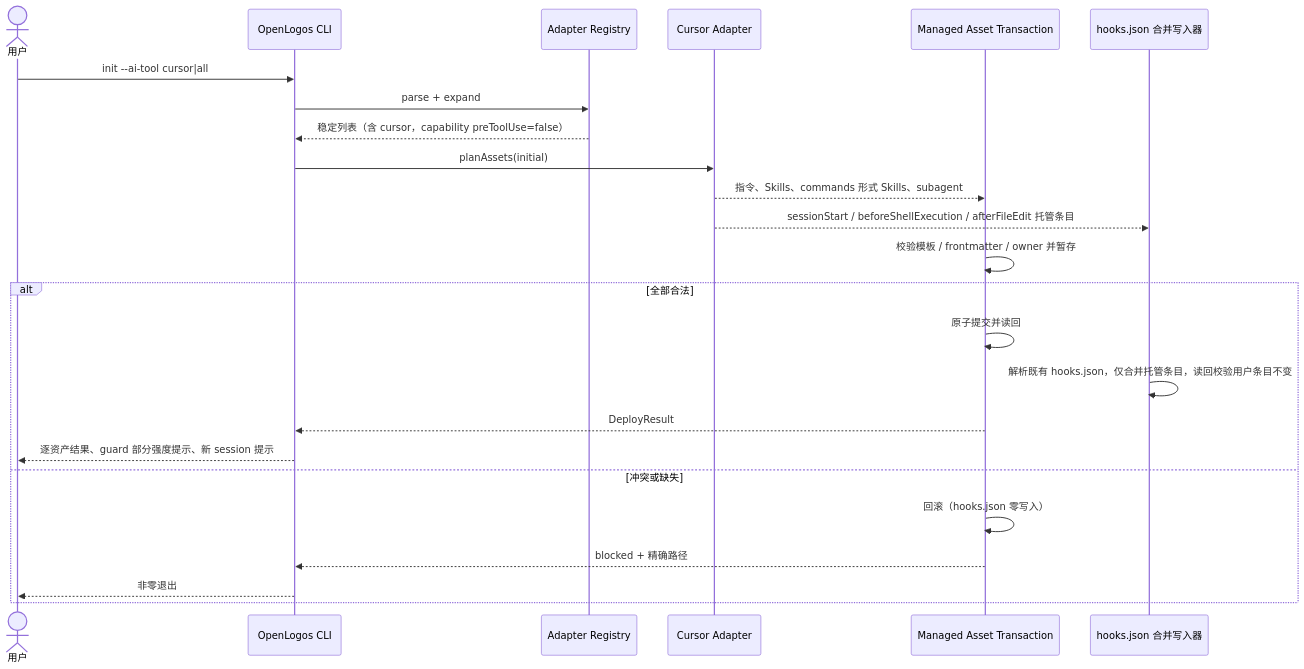
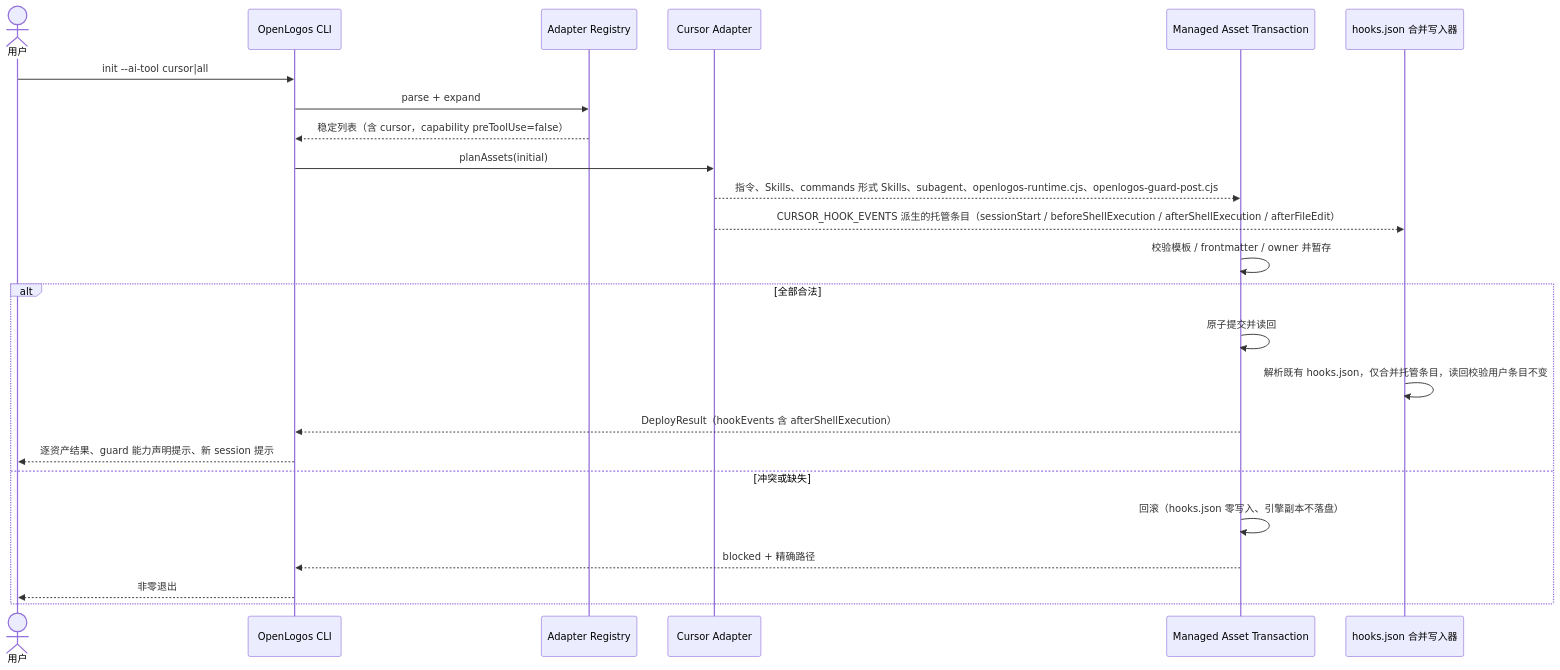
Before and after one commit to miniidealab/openlogos: the ninth of 12 diagrams in logos/resources/prd/3-technical-plan/2-scenario-implementation/core-S01-cli-init.md, drawn with Mermaid. The commit also changed other lines of this file and 19 other files, not shown here.

````diff
--- a/logos/resources/prd/3-technical-plan/2-scenario-implementation/core-S01-cli-init.md
+++ b/logos/resources/prd/3-technical-plan/2-scenario-implementation/core-S01-cli-init.md
@@ -425,26 +425,26 @@
 ```mermaid
 sequenceDiagram
     actor U as 用户
     participant C as OpenLogos CLI
     participant R as Adapter Registry
     participant A as Cursor Adapter
     participant T as Managed Asset Transaction
     participant H as hooks.json 合并写入器
     U->>C: init --ai-tool cursor|all
     C->>R: parse + expand
     R-->>C: 稳定列表（含 cursor，capability preToolUse=false）
     C->>A: planAssets(initial)
-    A-->>T: 指令、Skills、commands 形式 Skills、subagent
-    A-->>H: sessionStart / beforeShellExecution / afterFileEdit 托管条目
+    A-->>T: 指令、Skills、commands 形式 Skills、subagent、openlogos-runtime.cjs、openlogos-guard-post.cjs
+    A-->>H: CURSOR_HOOK_EVENTS 派生的托管条目（sessionStart / beforeShellExecution / afterShellExecution / afterFileEdit）
     T->>T: 校验模板 / frontmatter / owner 并暂存
     alt 全部合法
         T->>T: 原子提交并读回
         H->>H: 解析既有 hooks.json，仅合并托管条目，读回校验用户条目不变
-        T-->>C: DeployResult
-        C-->>U: 逐资产结果、guard 部分强度提示、新 session 提示
+        T-->>C: DeployResult（hookEvents 含 afterShellExecution）
+        C-->>U: 逐资产结果、guard 能力声明提示、新 session 提示
     else 冲突或缺失
-        T->>T: 回滚（hooks.json 零写入）
+        T->>T: 回滚（hooks.json 零写入、引擎副本不落盘）
         T-->>C: blocked + 精确路径
         C-->>U: 非零退出
     end
 ```
````
